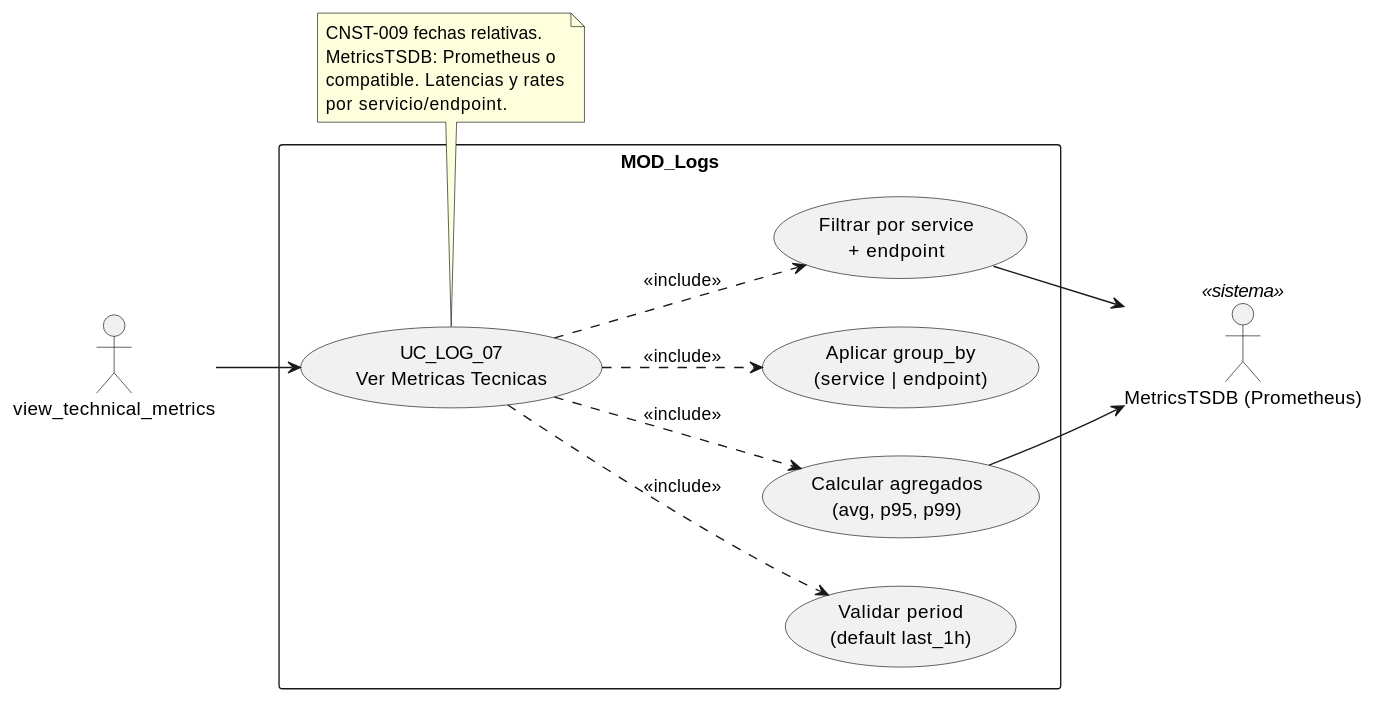
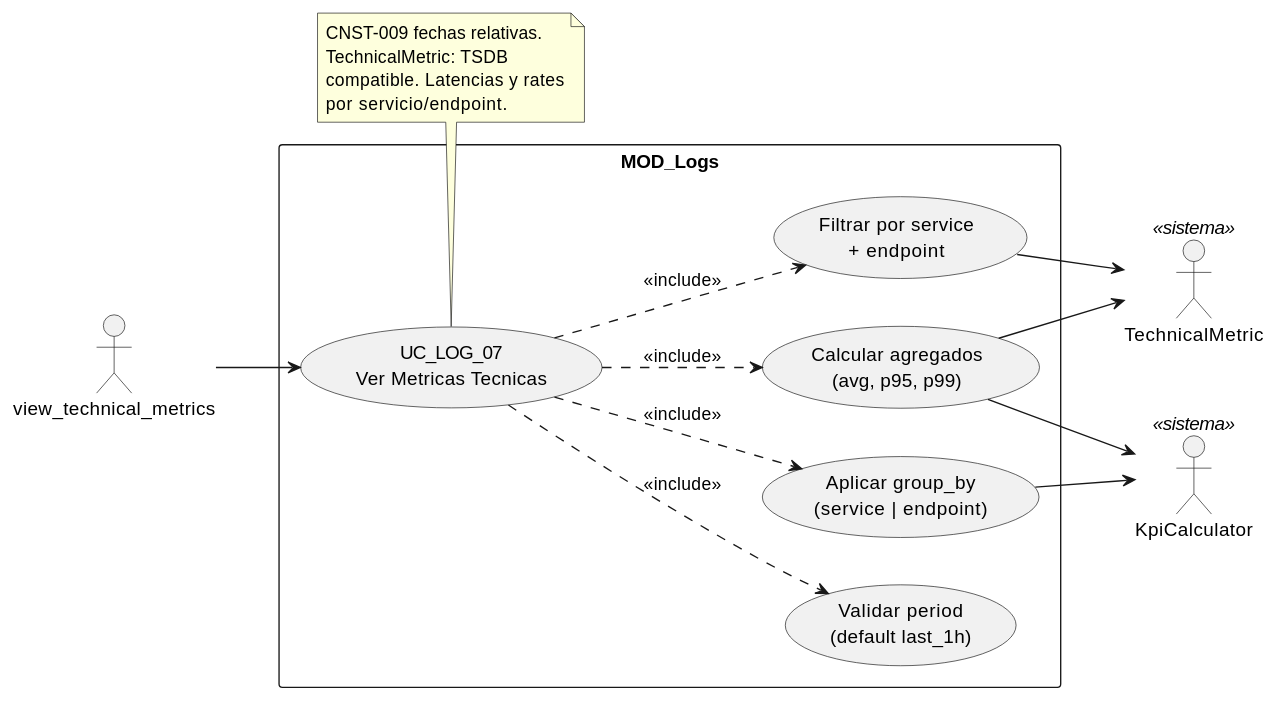
Before and after one commit to jcg-admin/IACT-docs: the diagram in source/requisitos/casos-uso/logs/uc-log-07/diagramas-uml/diagrama-de-caso-de-uso.rst, drawn with PlantUML. The commit also changed other lines of this file and 52 other files, not shown here.

```diff
--- a/source/requisitos/casos-uso/logs/uc-log-07/diagramas-uml/diagrama-de-caso-de-uso.rst
+++ b/source/requisitos/casos-uso/logs/uc-log-07/diagramas-uml/diagrama-de-caso-de-uso.rst
@@ -4,35 +4,38 @@
 .. uml::
  :caption: UC_LOG_07 — actores y casos asociados
 
  @startuml
 
  left to right direction
 
  actor "view_technical_metrics" as INVOKER
- actor "MetricsTSDB (Prometheus)" as TSDB <<sistema>>
+ actor "TechnicalMetric" as TM <<sistema>>
+ actor "KpiCalculator" as KPI <<sistema>>
 
  rectangle "MOD_Logs" {
    usecase "UC_LOG_07\nVer Metricas Tecnicas" as UC_LOG_07
    usecase "Validar period\n(default last_1h)" as VALIDAR_PERIOD
    usecase "Filtrar por service\n+ endpoint" as FILTRAR
    usecase "Aplicar group_by\n(service | endpoint)" as GROUPBY
    usecase "Calcular agregados\n(avg, p95, p99)" as METRIC_AGG
  }
 
  INVOKER --> UC_LOG_07
  UC_LOG_07 ..> VALIDAR_PERIOD : <<include>>
  UC_LOG_07 ..> FILTRAR : <<include>>
  UC_LOG_07 ..> GROUPBY : <<include>>
  UC_LOG_07 ..> METRIC_AGG : <<include>>
 
- FILTRAR --> TSDB
- METRIC_AGG --> TSDB
+ FILTRAR --> TM
+ GROUPBY --> KPI
+ METRIC_AGG --> KPI
+ METRIC_AGG --> TM
 
  note bottom of UC_LOG_07
    CNST-009 fechas relativas.
-   MetricsTSDB: Prometheus o
+   TechnicalMetric: TSDB
    compatible. Latencias y rates
    por servicio/endpoint.
  end note
 
  @enduml
```
